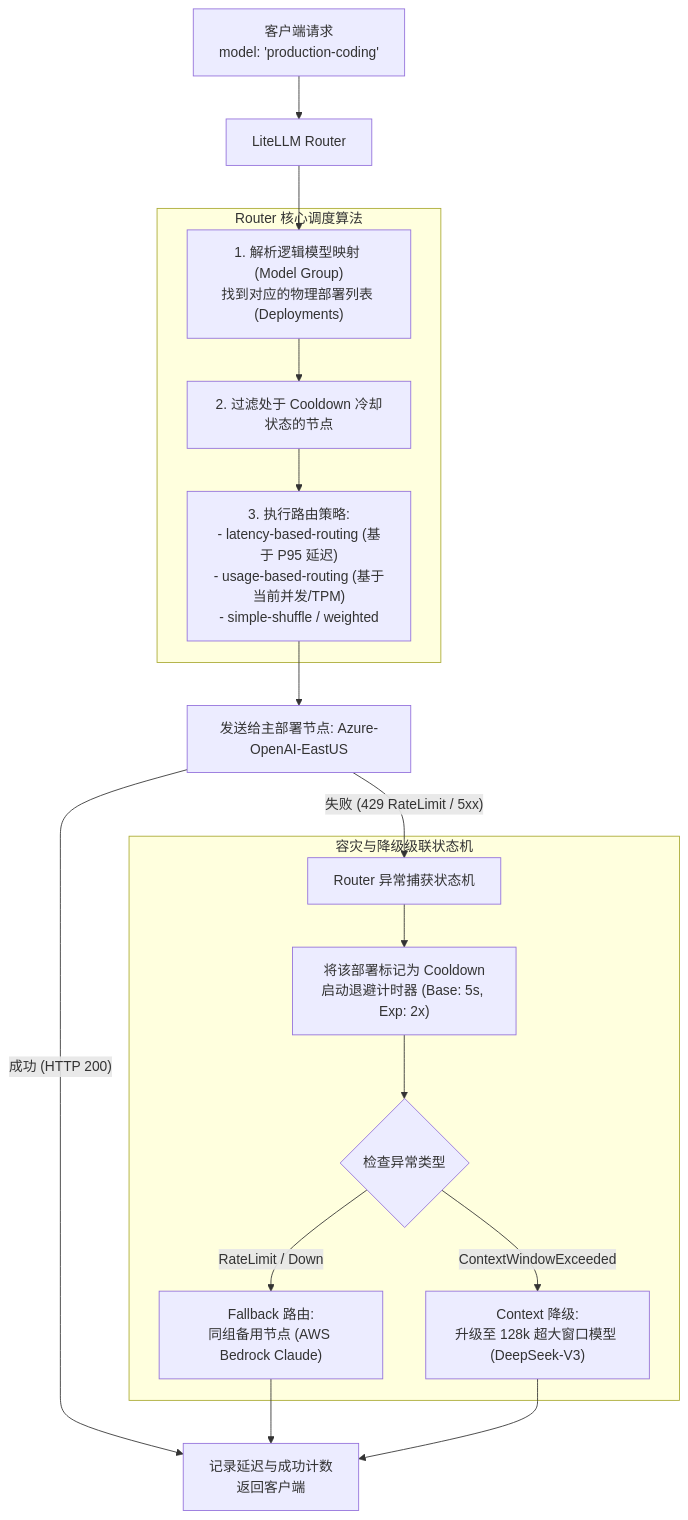
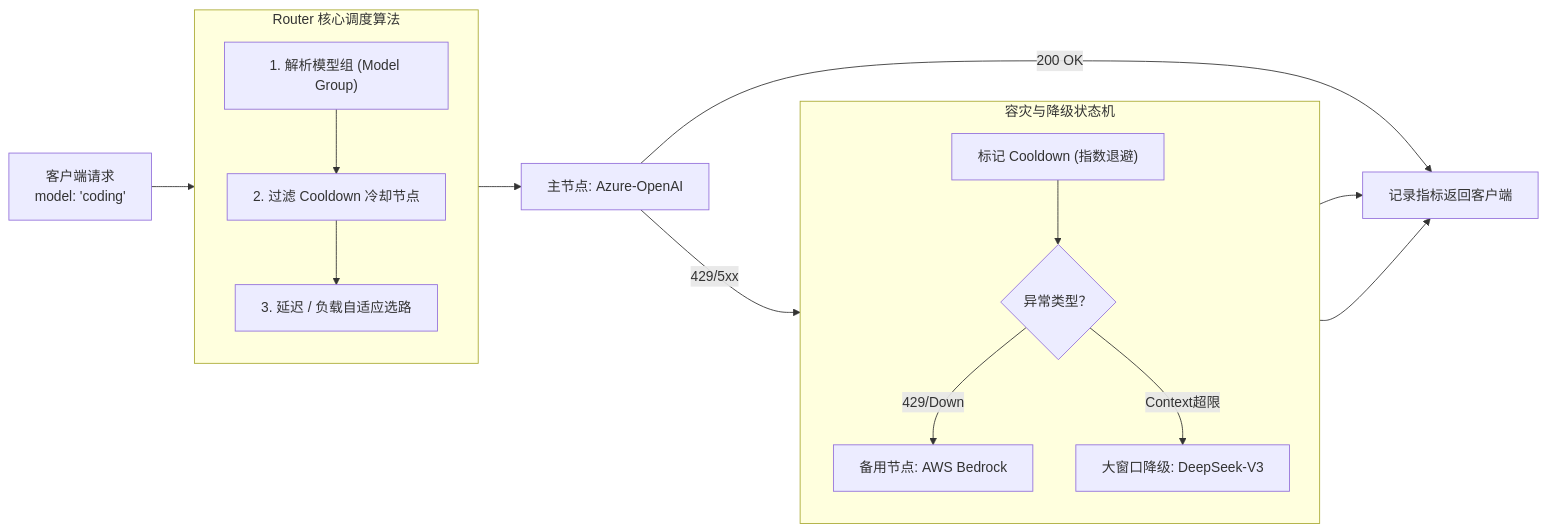
The first of 2 diagrams in content/posts/ai-agent-gateway/ai-gateway-03-model-routing-fallback-cascade.md (MoreConsequence/MoreConsequence.github.io), drawn with Mermaid before and after one commit. The commit also changed other lines of this file and 835 other files, not shown here.

First line of the commit message:
feat(blog): 全站33篇新增深度专栏与博文全量审核上线及矢量图表优化

````diff
--- a/content/posts/ai-agent-gateway/ai-gateway-03-model-routing-fallback-cascade.md
+++ b/content/posts/ai-agent-gateway/ai-gateway-03-model-routing-fallback-cascade.md
@@ -59,27 +53,30 @@
 ```mermaid
-flowchart TD
-    Req["客户端请求<br/>model: 'production-coding'"] --> Router["LiteLLM Router"]
+flowchart LR
+    Req["客户端请求<br/>model: 'coding'"] --> RouterCore
 
     subgraph RouterCore["Router 核心调度算法"]
-        PickModel["1. 解析逻辑模型映射 (Model Group)<br/>找到对应的物理部署列表 (Deployments)"]
-        FilterHealthy["2. 过滤处于 Cooldown 冷却状态的节点"]
-        Strategy["3. 执行路由策略:<br/>- latency-based-routing (基于 P95 延迟)<br/>- usage-based-routing (基于当前并发/TPM)<br/>- simple-shuffle / weighted"]
+        direction TB
+        PickModel["1. 解析模型组 (Model Group)"]
+        FilterHealthy["2. 过滤 Cooldown 冷却节点"]
+        Strategy["3. 延迟 / 负载自适应选路"]
+        PickModel --> FilterHealthy --> Strategy
     end
 
-    Router --> PickModel --> FilterHealthy --> Strategy
+    RouterCore --> Primary["主节点: Azure-OpenAI"]
+    Primary -->|"200 OK"| Done["记录指标返回客户端"]
+    Primary -->|"429/5xx"| FallbackEngine
 
-    Strategy --> Primary["发送给主部署节点: Azure-OpenAI-EastUS"]
-    
-    Primary -->|"成功 (HTTP 200)"| Done["记录延迟与成功计数<br/>返回客户端"]
-    Primary -->|"失败 (429 RateLimit / 5xx)"| ErrorHandler["Router 异常捕获状态机"]
-
-    subgraph FallbackEngine["容灾与降级级联状态机"]
-        ErrorHandler --> MarkCool["将该部署标记为 Cooldown<br/>启动退避计时器 (Base: 5s, Exp: 2x)"]
-        MarkCool --> CheckError{"检查异常类型"}
-        CheckError -->|"RateLimit / Down"| ModelFallback["Fallback 路由:<br/>同组备用节点 (AWS Bedrock Claude)"]
-        CheckError -->|"ContextWindowExceeded"| WindowFallback["Context 降级:<br/>升级至 128k 超大窗口模型 (DeepSeek-V3)"]
+    subgraph FallbackEngine["容灾与降级状态机"]
+        direction TB
+        MarkCool["标记 Cooldown (指数退避)"]
+        CheckError{"异常类型？"}
+        ModelFallback["备用节点: AWS Bedrock"]
+        WindowFallback["大窗口降级: DeepSeek-V3"]
+        MarkCool --> CheckError
+        CheckError -->|"429/Down"| ModelFallback
+        CheckError -->|"Context超限"| WindowFallback
     end
 
     ModelFallback --> Done
     WindowFallback --> Done
 ```
````
